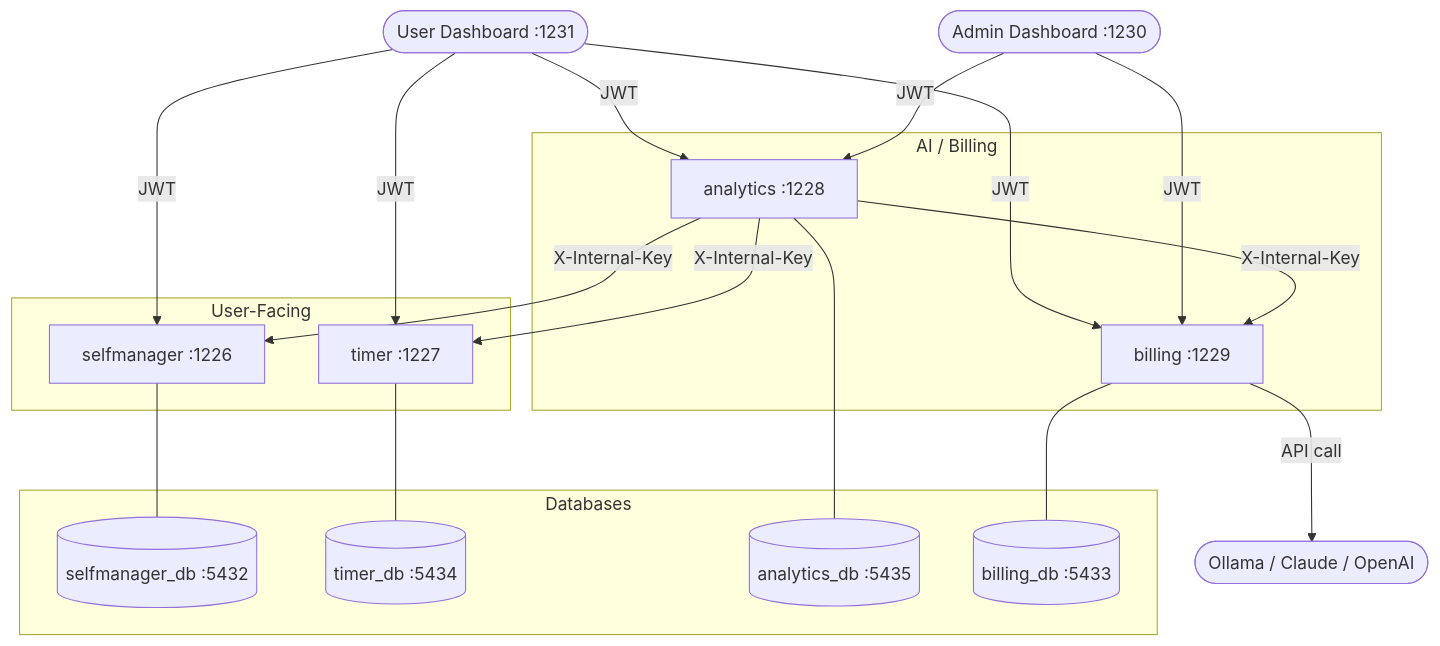
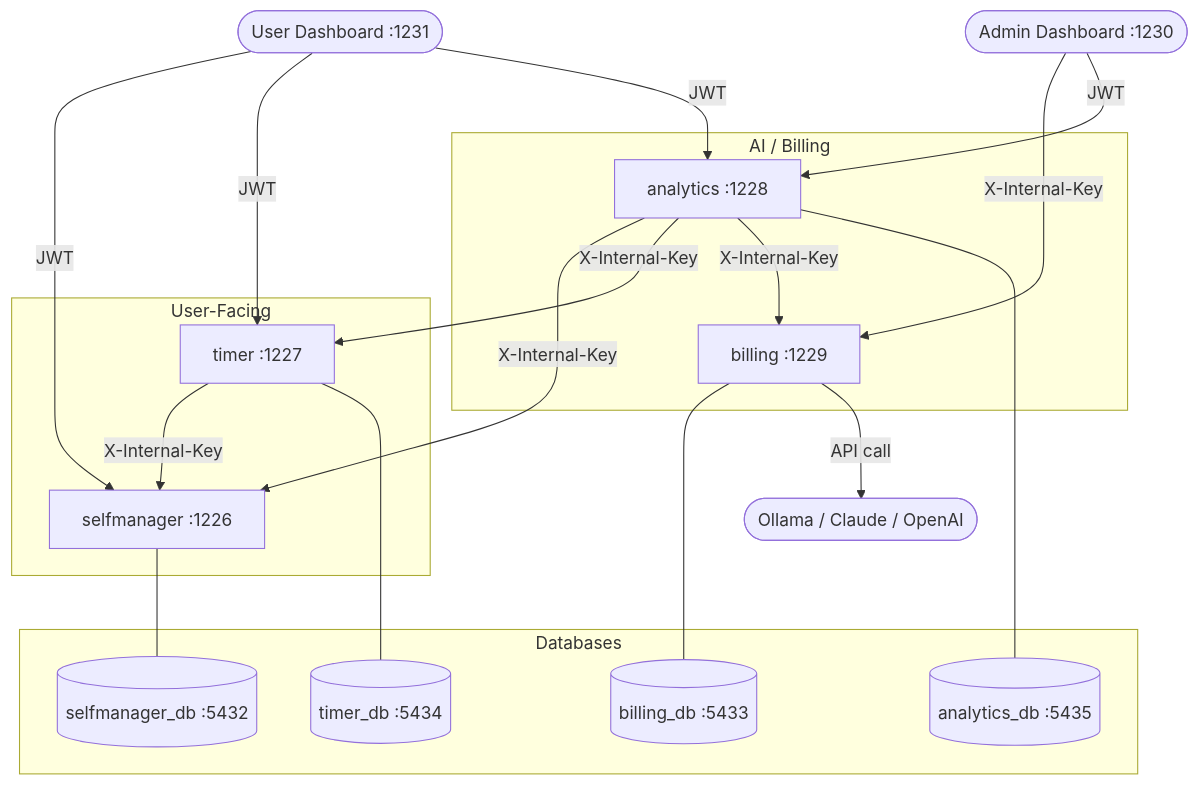
Before and after one commit to ProductiveSocial/ProductiveSocial: the first of 2 diagrams in ARCHITECTURE.md, drawn with Mermaid. The commit also changed other lines of this file and 4 other files, not shown here.

Commit message:
Rewrite architecture and feature docs in descriptive narrative style

````diff
--- a/ARCHITECTURE.md
+++ b/ARCHITECTURE.md
@@ -437,41 +173,41 @@
 ```mermaid
 graph TD
     UserDash([User Dashboard :1231])
     AdminDash([Admin Dashboard :1230])
 
     subgraph User-Facing
         SM[selfmanager :1226]
         TM[timer :1227]
     end
 
     subgraph AI / Billing
         AN[analytics :1228]
         BL[billing :1229]
     end
 
     subgraph Databases
         SM_DB[(selfmanager_db :5432)]
         TM_DB[(timer_db :5434)]
         AN_DB[(analytics_db :5435)]
         BL_DB[(billing_db :5433)]
     end
 
     UserDash -- JWT --> SM
     UserDash -- JWT --> TM
     UserDash -- JWT --> AN
-    UserDash -- JWT --> BL
 
-    AdminDash -- JWT --> BL
+    AdminDash -- X-Internal-Key --> BL
     AdminDash -- JWT --> AN
 
     AN -- X-Internal-Key --> SM
     AN -- X-Internal-Key --> TM
     AN -- X-Internal-Key --> BL
+    TM -- X-Internal-Key --> SM
 
     SM --- SM_DB
     TM --- TM_DB
     AN --- AN_DB
     BL --- BL_DB
 
     BL -- API call --> LLM([Ollama / Claude / OpenAI])
 ```
````
